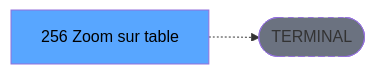
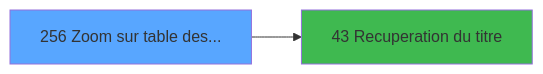
Before and after one commit to thonyAGP/magic-migration: the third of 3 diagrams in .openspec/specs/ADH-IDE-256.md, drawn with Mermaid. The commit also changed other lines of this file and 493 other files, not shown here.

````diff
--- a/.openspec/specs/ADH-IDE-256.md
+++ b/.openspec/specs/ADH-IDE-256.md
@@ -138,8 +228,8 @@
 ```mermaid
 graph LR
-    T[256 Zoom sur table ]
-    TERM([TERMINAL])
-    T -.-> TERM
-    style TERM fill:#6b7280,stroke-dasharray: 5 5
-    style T fill:#58a6ff,color:#000
+    T256[256 Zoom sur table des...]
+    style T256 fill:#58a6ff
+    C43[43 Recuperation du titre]
+    T256 --> C43
+    style C43 fill:#3fb950
 ```
````
